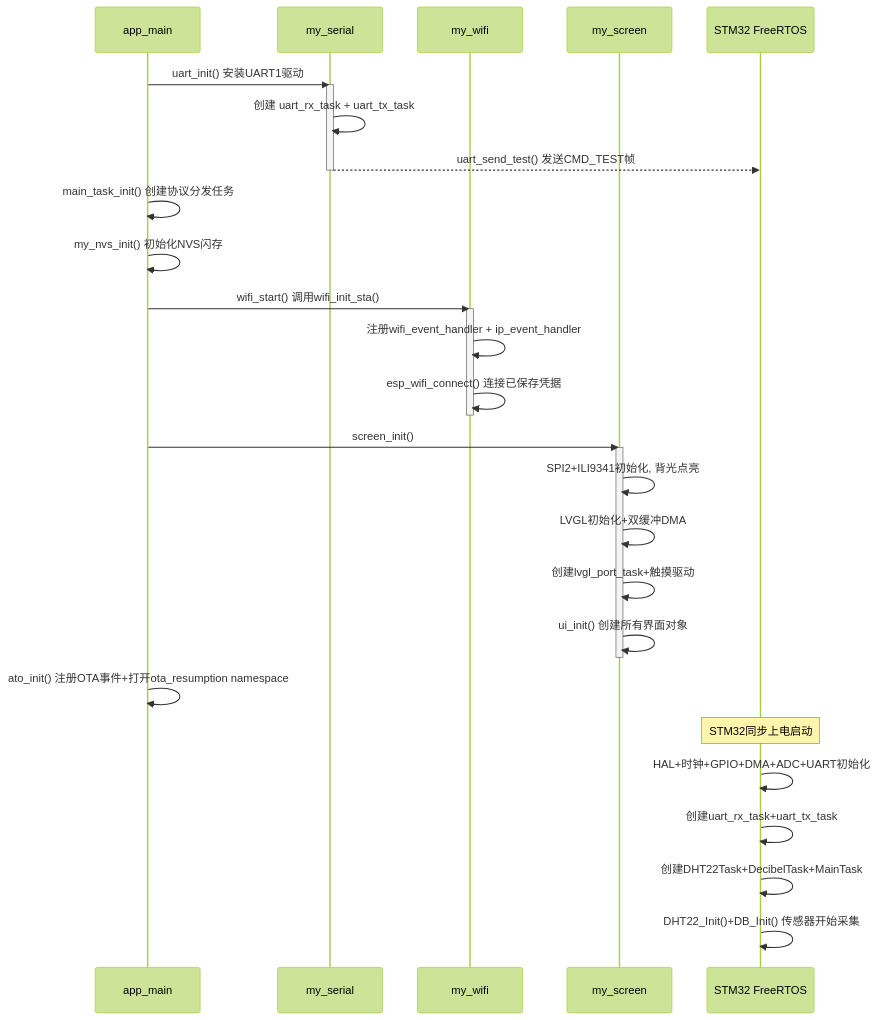
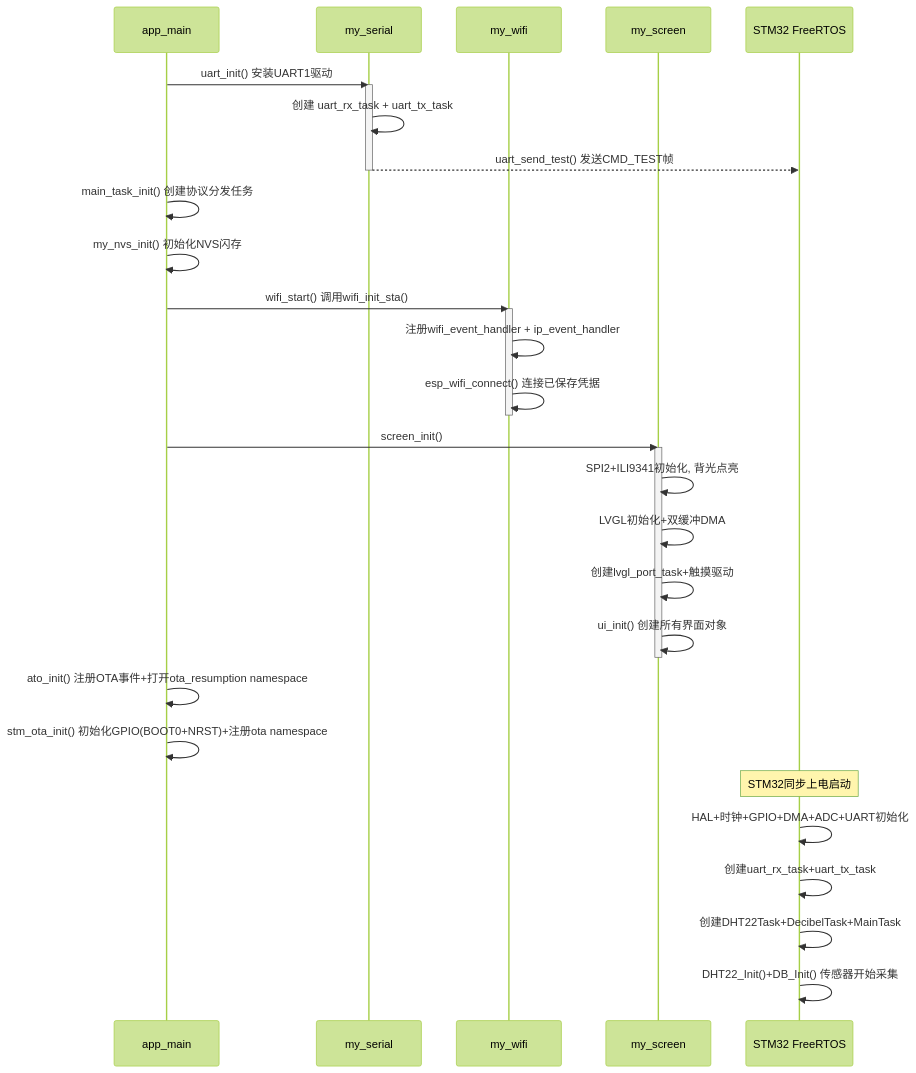
One commit to Li-HF2025/-enviroment_monitor_-_1_ changed the first of 6 diagrams in README.md. Above: the diagram before and after it, drawn with Mermaid (forest theme). The commit also changed other lines of this file and 21 other files, not shown here.

````diff
--- a/README.md
+++ b/README.md
@@ -1024,39 +1111,41 @@
 ```mermaid
 sequenceDiagram
     participant APP as app_main
     participant UART as my_serial
     participant WIFI as my_wifi
     participant SCR as my_screen
     participant STM as STM32 FreeRTOS
 
     APP->>UART: uart_init() 安装UART1驱动
     activate UART
     UART->>UART: 创建 uart_rx_task + uart_tx_task
     UART-->>STM: uart_send_test() 发送CMD_TEST帧
     deactivate UART
 
     APP->>APP: main_task_init() 创建协议分发任务
     APP->>APP: my_nvs_init() 初始化NVS闪存
 
     APP->>WIFI: wifi_start() 调用wifi_init_sta()
     activate WIFI
     WIFI->>WIFI: 注册wifi_event_handler + ip_event_handler
     WIFI->>WIFI: esp_wifi_connect() 连接已保存凭据
     deactivate WIFI
 
     APP->>SCR: screen_init()
     activate SCR
     SCR->>SCR: SPI2+ILI9341初始化, 背光点亮
     SCR->>SCR: LVGL初始化+双缓冲DMA
     SCR->>SCR: 创建lvgl_port_task+触摸驱动
     SCR->>SCR: ui_init() 创建所有界面对象
     deactivate SCR
 
     APP->>APP: ato_init() 注册OTA事件+打开ota_resumption namespace
 
+    APP->>APP: stm_ota_init() 初始化GPIO(BOOT0+NRST)+注册ota namespace
+
     Note over STM: STM32同步上电启动
     STM->>STM: HAL+时钟+GPIO+DMA+ADC+UART初始化
     STM->>STM: 创建uart_rx_task+uart_tx_task
     STM->>STM: 创建DHT22Task+DecibelTask+MainTask
     STM->>STM: DHT22_Init()+DB_Init() 传感器开始采集
 ```
````
